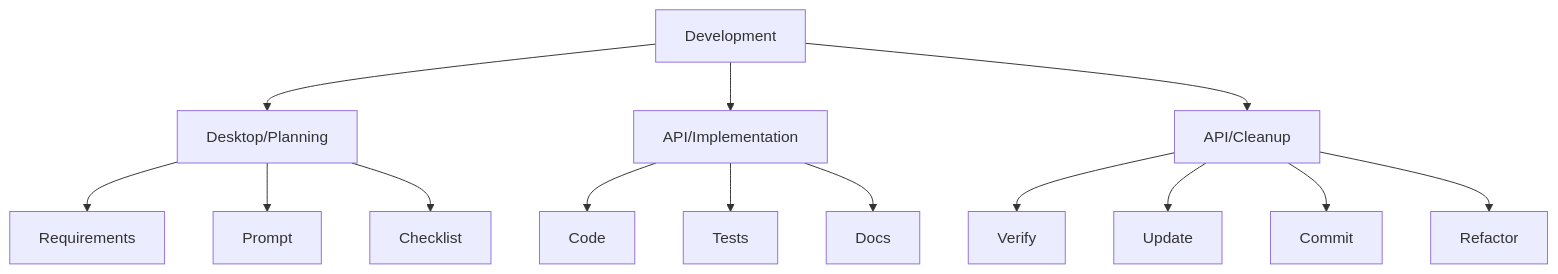
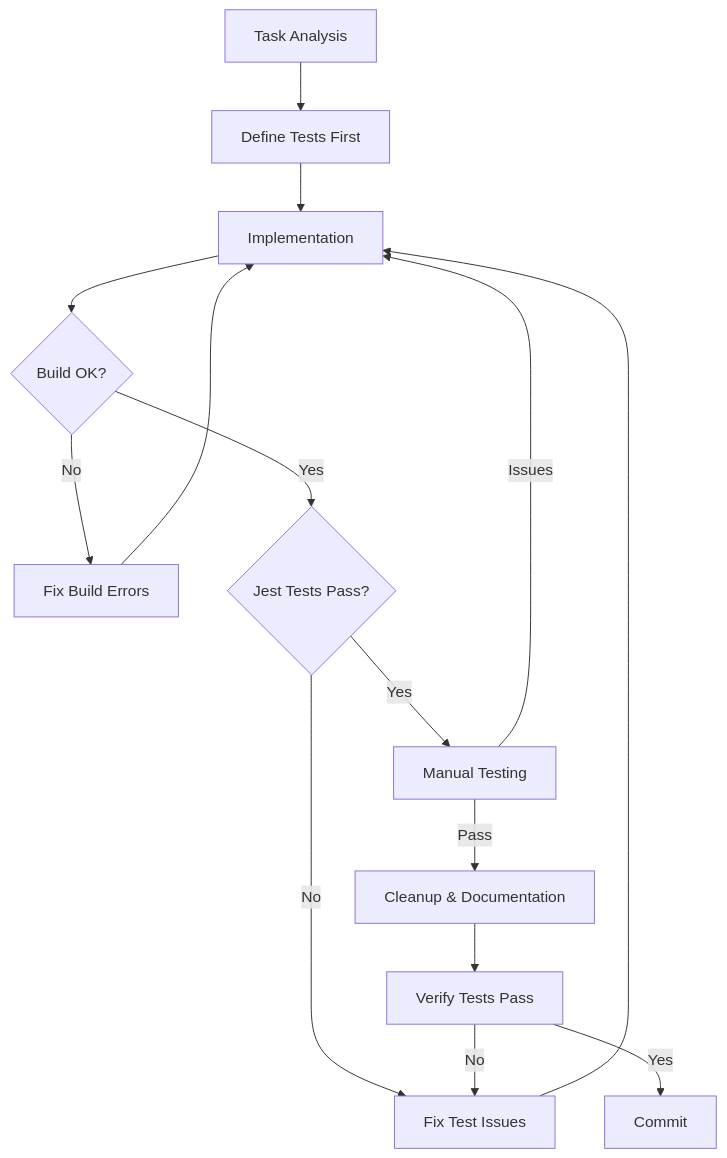
One commit to jerseycheese/BootHillGM changed the diagram in Docs/development/workflows/index.md. Above: the diagram before and after it, drawn with Mermaid. The commit also changed other lines of this file and 14 other files, not shown here.

````diff
--- a/Docs/development/workflows/index.md
+++ b/Docs/development/workflows/index.md
@@ -26,16 +37,17 @@
 ```mermaid
 graph TD
-    A[Development] --> B[Desktop/Planning]
-    A --> C[API/Implementation]
-    A --> D[API/Cleanup]
-    B --> E[Requirements]
-    B --> F[Prompt]
-    B --> G[Checklist]
-    C --> H[Code]
-    C --> I[Tests]
-    C --> J[Docs]
-    D --> K[Verify]
-    D --> L[Update]
-    D --> M[Commit]
-    D --> N[Refactor]
+    A[Task Analysis] --> B[Define Tests First]
+    B --> C[Implementation]
+    C --> D{Build OK?}
+    D -->|No| E[Fix Build Errors]
+    E --> C
+    D -->|Yes| F{Jest Tests Pass?}
+    F -->|No| G[Fix Test Issues]
+    G --> C
+    F -->|Yes| H[Manual Testing]
+    H -->|Issues| C
+    H -->|Pass| I[Cleanup & Documentation]
+    I --> J[Verify Tests Pass]
+    J -->|No| G
+    J -->|Yes| K[Commit]
 ```
````
